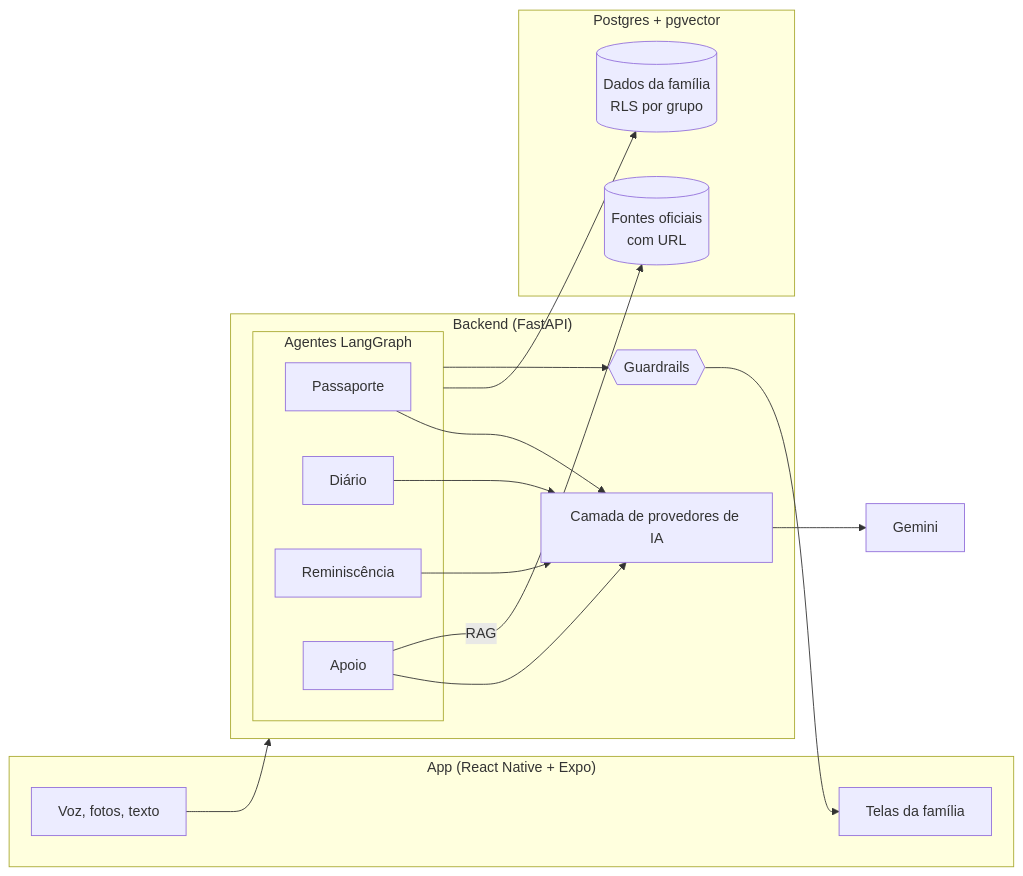
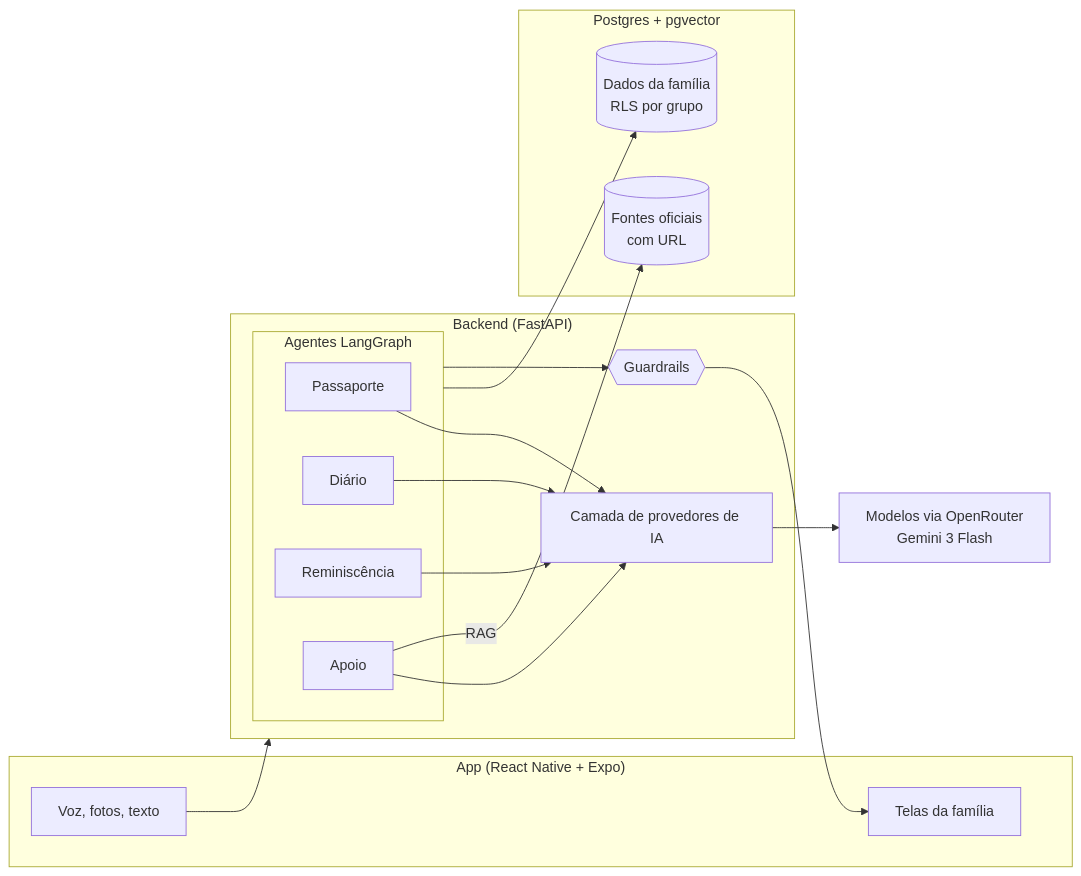
The diagram in README.md (LucasArais/SempreAqui), drawn with Mermaid before and after one commit. The commit also changed other lines of this file and 58 other files, not shown here.

````diff
--- a/README.md
+++ b/README.md
@@ -72,31 +72,31 @@
 ```mermaid
 flowchart LR
     subgraph Celular["App (React Native + Expo)"]
         V[Voz, fotos, texto]
         T[Telas da família]
     end
 
     subgraph API["Backend (FastAPI)"]
         G{{Guardrails}}
         subgraph Agentes["Agentes LangGraph"]
             P[Passaporte]
             D[Diário]
             R[Reminiscência]
             A[Apoio]
         end
         L[Camada de provedores de IA]
     end
 
     subgraph Dados["Postgres + pgvector"]
         F[(Dados da família<br/>RLS por grupo)]
         E[(Fontes oficiais<br/>com URL)]
     end
 
-    M[Gemini]
+    M[Modelos via OpenRouter<br/>Gemini 3 Flash]
 
     V --> API
     P & D & R & A --> L --> M
     A -- RAG --> E
     Agentes --> F
     Agentes --> G --> T
 ```
````
